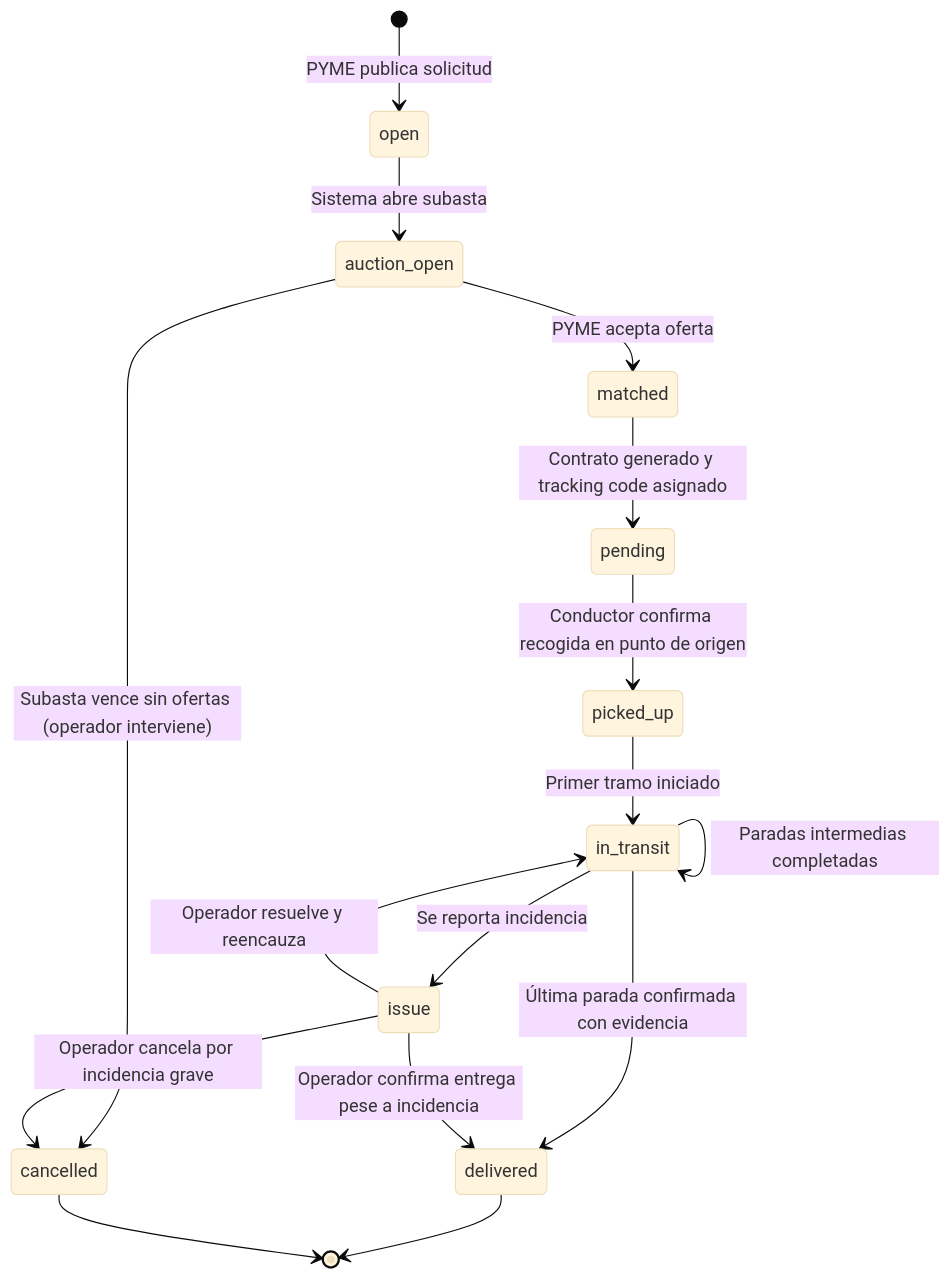
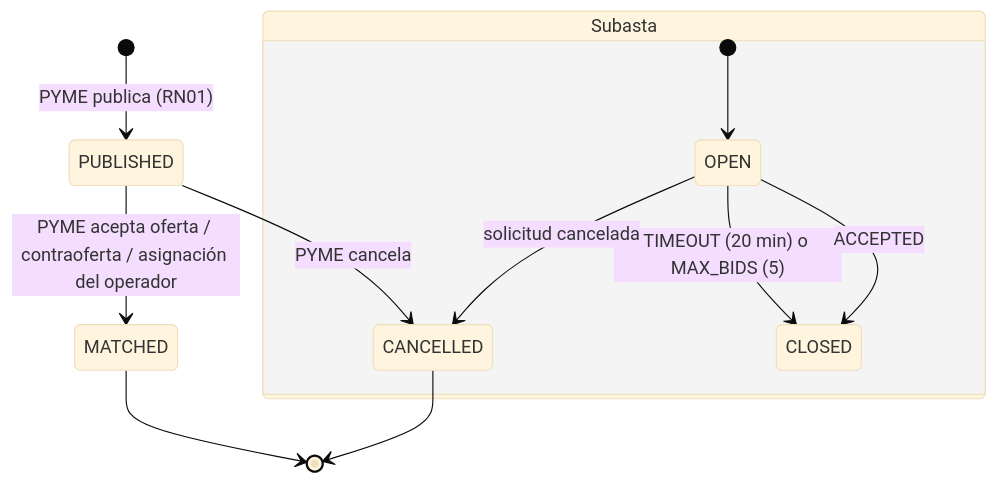
One commit to TheReeds/ProyectoEPE-LOGYX changed the ninth of 14 diagrams in docs/software/entregable-1/uml.md. Above: the diagram before and after it, drawn with Mermaid (base theme). The commit also changed other lines of this file and 99 other files, not shown here.

````diff
--- a/docs/software/entregable-1/uml.md
+++ b/docs/software/entregable-1/uml.md
@@ -578,22 +414,15 @@
 ```mermaid
 stateDiagram-v2
-  [*] --> open : PYME publica solicitud
+  [*] --> PUBLISHED : PYME publica (RN01)
+  PUBLISHED --> MATCHED : PYME acepta oferta / contraoferta / asignación del operador
+  PUBLISHED --> CANCELLED : PYME cancela
+  MATCHED --> [*]
+  CANCELLED --> [*]
 
-  open --> auction_open : Sistema abre subasta
-  auction_open --> matched : PYME acepta oferta
-  auction_open --> cancelled : Subasta vence sin ofertas (operador interviene)
-
-  matched --> pending : Contrato generado y tracking code asignado
-  pending --> picked_up : Conductor confirma recogida en punto de origen
-  picked_up --> in_transit : Primer tramo iniciado
-  in_transit --> in_transit : Paradas intermedias completadas
-  in_transit --> delivered : Última parada confirmada con evidencia
-  in_transit --> issue : Se reporta incidencia
-
-  issue --> in_transit : Operador resuelve y reencauza
-  issue --> delivered : Operador confirma entrega pese a incidencia
-  issue --> cancelled : Operador cancela por incidencia grave
-
-  delivered --> [*]
-  cancelled --> [*]
+  state "Subasta" as SUB {
+    [*] --> OPEN
+    OPEN --> CLOSED : TIMEOUT (20 min) o MAX_BIDS (5)
+    OPEN --> CLOSED : ACCEPTED
+    OPEN --> CANCELLED : solicitud cancelada
+  }
 ```
````
